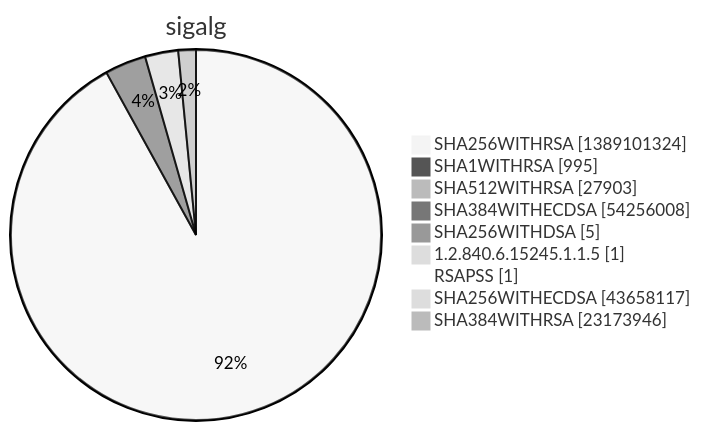
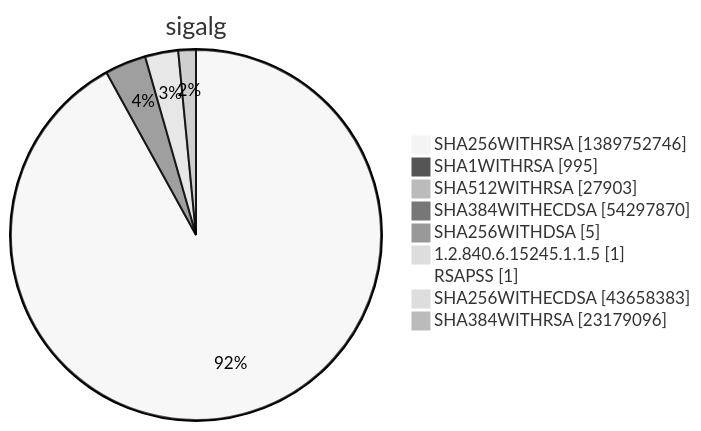
Before and after one commit to christiankrug/ctmonitor_visualization: diagram 15 of 15 in xenon2022/README.md, drawn with Mermaid (neutral theme). The commit also changed other lines of this file, not shown here.

````diff
--- a/xenon2022/README.md
+++ b/xenon2022/README.md
@@ -5855,13 +5855,13 @@
 ```mermaid
 pie showData
 title sigalg
-"SHA256WITHRSA" :1389101324
+"SHA256WITHRSA" :1389752746
 "SHA1WITHRSA" :995
 "SHA512WITHRSA" :27903
-"SHA384WITHECDSA" :54256008
+"SHA384WITHECDSA" :54297870
 "SHA256WITHDSA" :5
 "1.2.840.6.15245.1.1.5" :1
 "RSAPSS" :1
-"SHA256WITHECDSA" :43658117
-"SHA384WITHRSA" :23173946
+"SHA256WITHECDSA" :43658383
+"SHA384WITHRSA" :23179096
 ```
````
